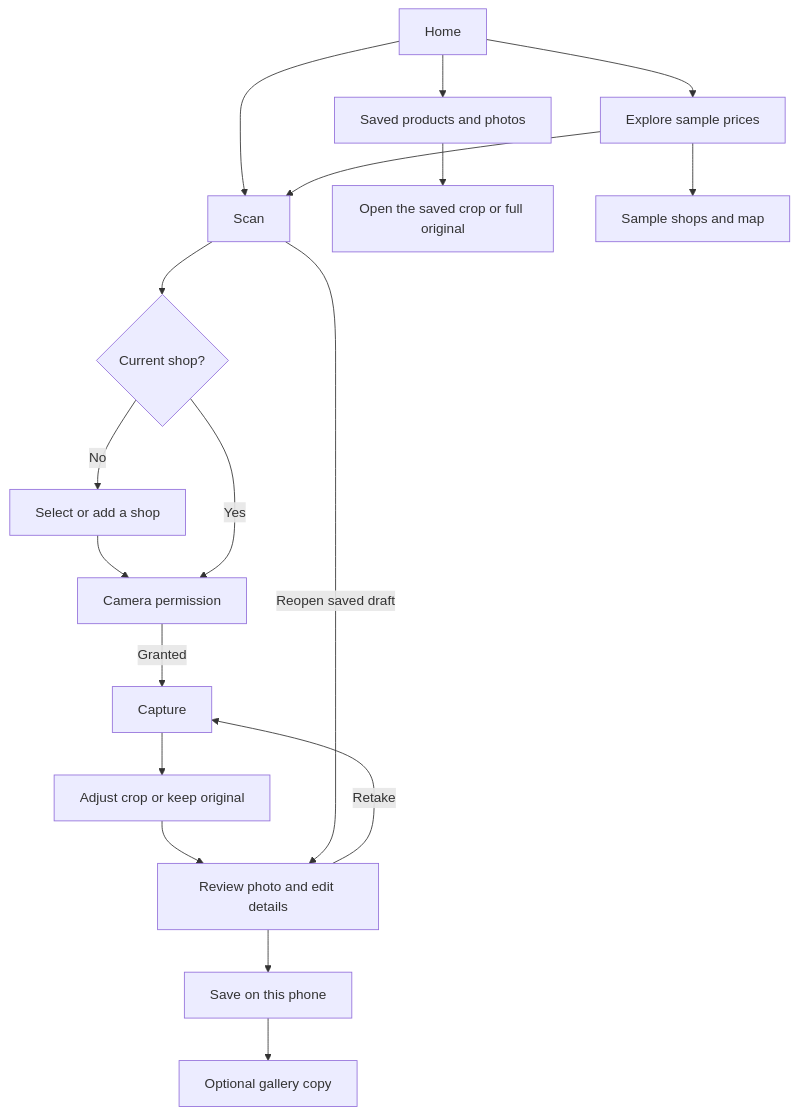
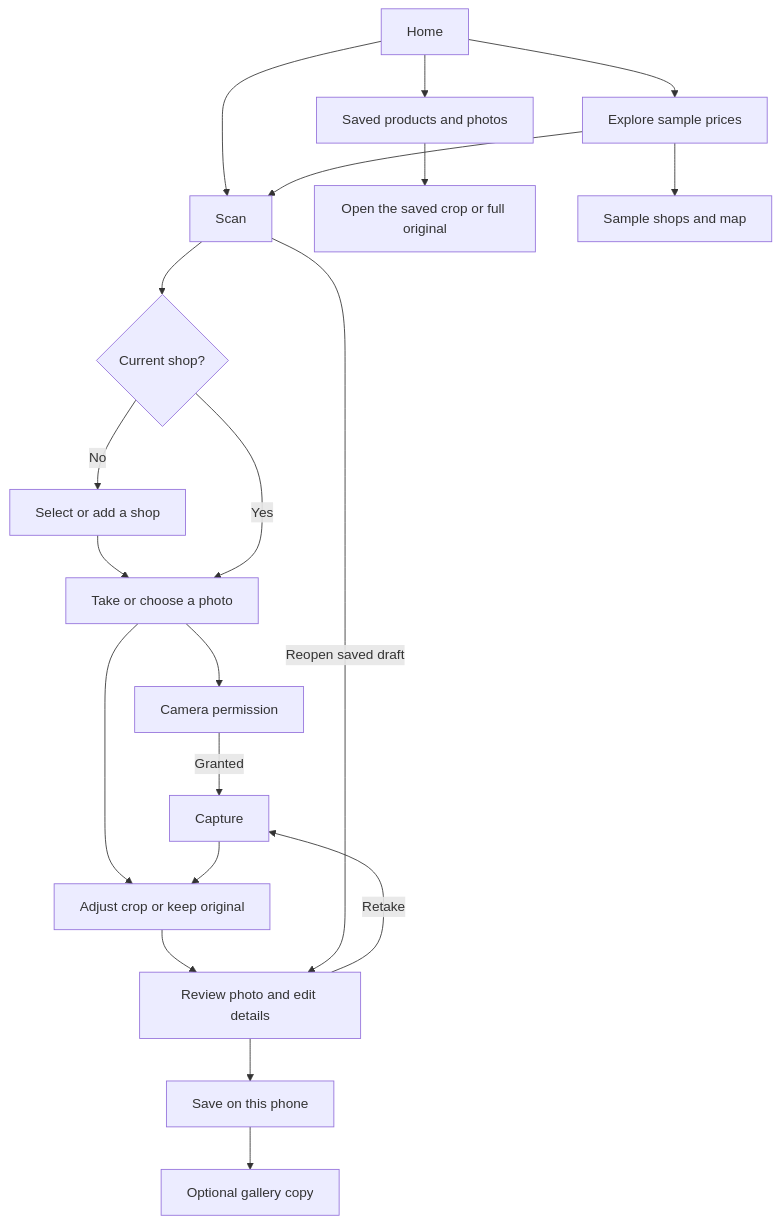
The diagram in docs/app-map.md (Maratatasan/cheapo-app), drawn with Mermaid before and after one commit. The commit also changed 15 other files, not shown here.

````diff
--- a/docs/app-map.md
+++ b/docs/app-map.md
@@ -8,20 +8,22 @@
 ```mermaid
 flowchart TD
     Home --> Scan
     Scan --> CurrentShop{"Current shop?"}
     CurrentShop -->|No| ChooseShop["Select or add a shop"]
-    ChooseShop --> Permission["Camera permission"]
-    CurrentShop -->|Yes| Permission
+    ChooseShop --> Source["Take or choose a photo"]
+    CurrentShop -->|Yes| Source
+    Source --> Permission["Camera permission"]
+    Source --> Crop
     Permission -->|Granted| Capture
     Capture --> Crop["Adjust crop or keep original"]
     Crop --> Review["Review photo and edit details"]
     Review -->|Retake| Capture
     Review --> Save["Save on this phone"]
     Save --> Gallery["Optional gallery copy"]
     Home --> Saved["Saved products and photos"]
     Saved --> SavedPhoto["Open the saved crop or full original"]
     Scan -->|Reopen saved draft| Review
     Home --> Results["Explore sample prices"]
     Results --> Shops["Sample shops and map"]
     Results --> Scan
 ```
````
